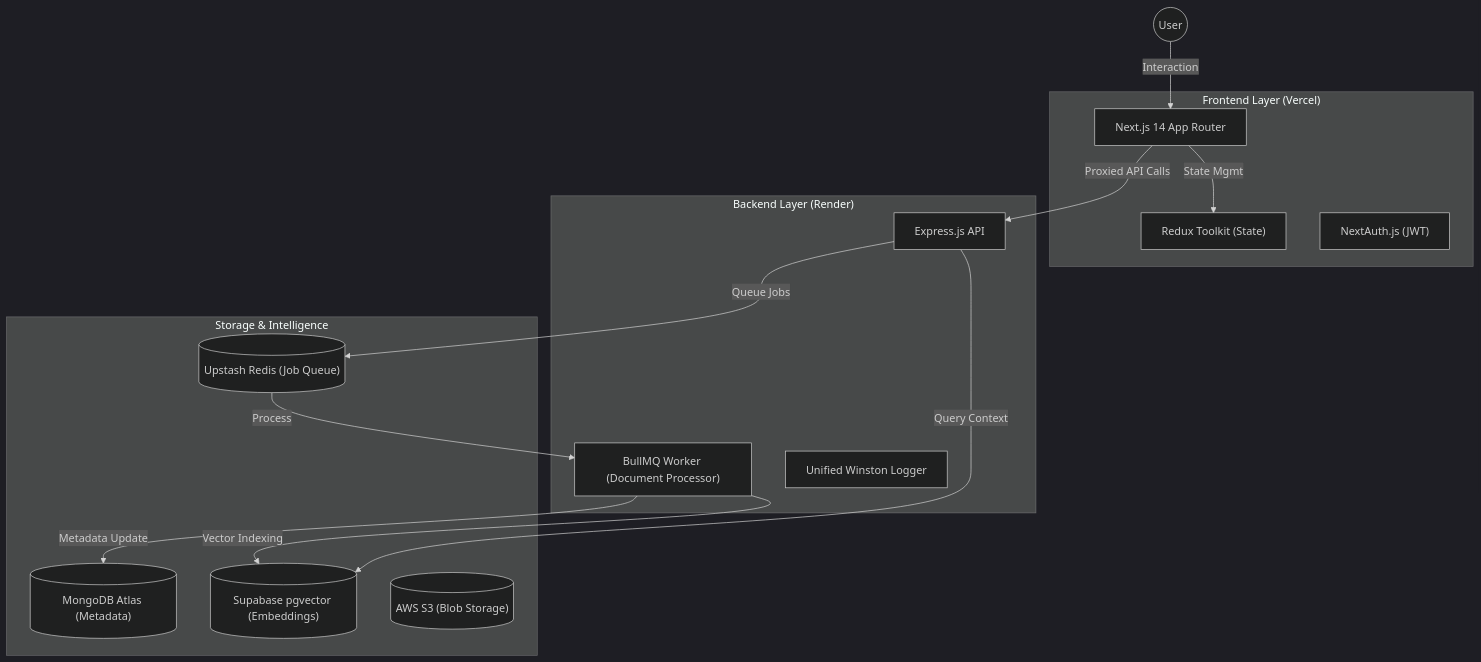
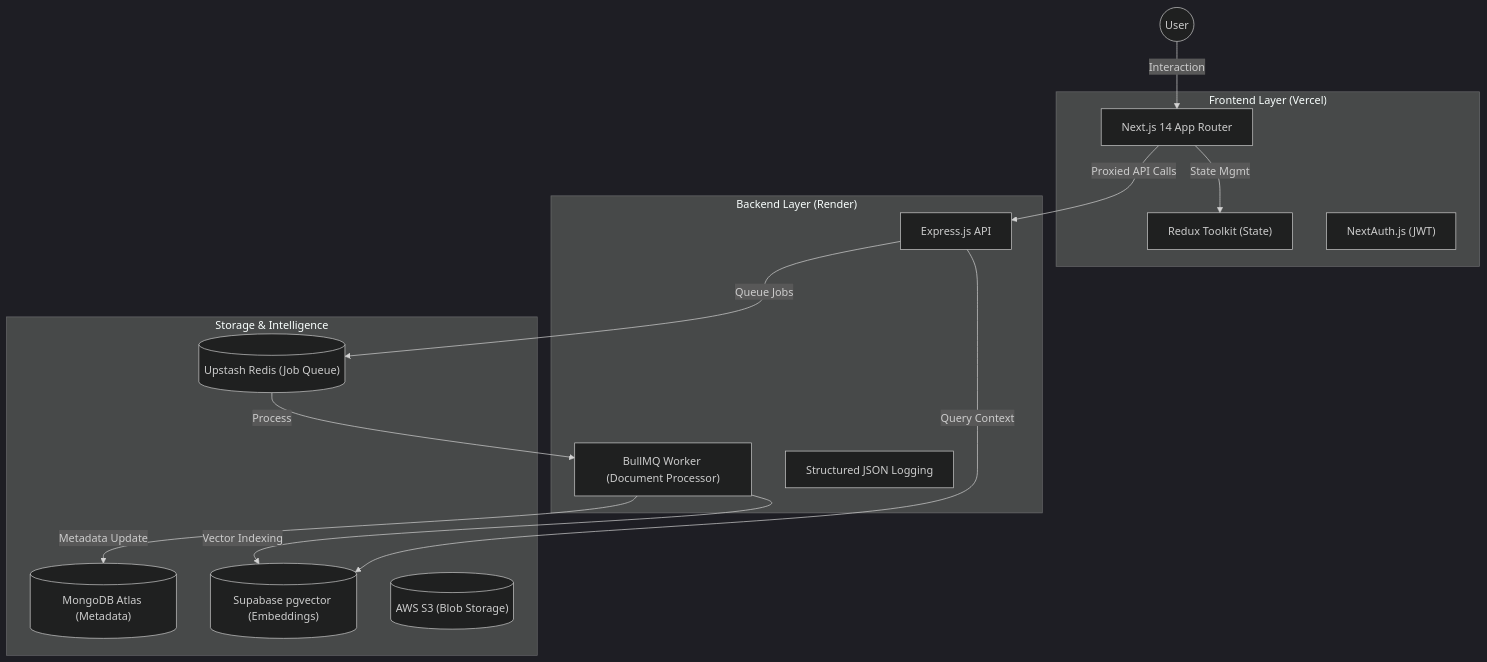
The diagram in README.md (abdulbasithibnhanifa/NeuroVault), drawn with Mermaid (dark theme) before and after one commit. The commit also changed 2 other files, not shown here.

Commit message:
docs: update redis architecture description and correct logging framework claims

````diff
--- a/README.md
+++ b/README.md
@@ -14,32 +14,32 @@
 ```mermaid
 graph TD
     User((User))
     
     subgraph "Frontend Layer (Vercel)"
         NextJS["Next.js 14 App Router"]
         Redux["Redux Toolkit (State)"]
         Auth["NextAuth.js (JWT)"]
     end
     
     subgraph "Backend Layer (Render)"
         Express["Express.js API"]
         Worker["BullMQ Worker (Document Processor)"]
-        Logger["Unified Winston Logger"]
+        Logger["Structured JSON Logging"]
     end
     
     subgraph "Storage & Intelligence"
         MongoDB[("MongoDB Atlas (Metadata)")]
         Supabase[("Supabase pgvector (Embeddings)")]
         Redis[("Upstash Redis (Job Queue)")]
         S3[("AWS S3 (Blob Storage)")]
     end
 
     User -->|Interaction| NextJS
     NextJS -->|State Mgmt| Redux
     NextJS -->|Proxied API Calls| Express
     Express -->|Queue Jobs| Redis
     Redis -->|Process| Worker
     Worker -->|Vector Indexing| Supabase
     Worker -->|Metadata Update| MongoDB
     Express -->|Query Context| Supabase
 ```
````
